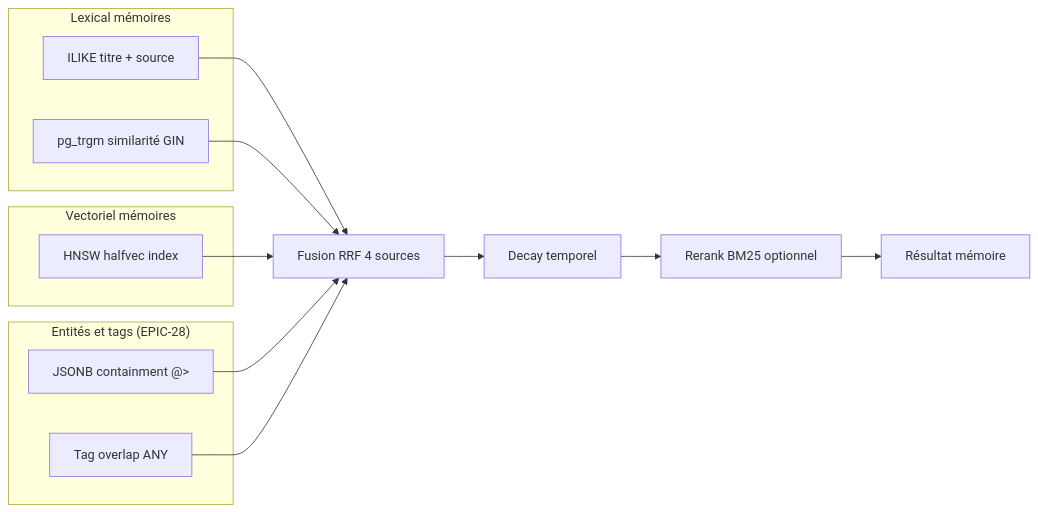
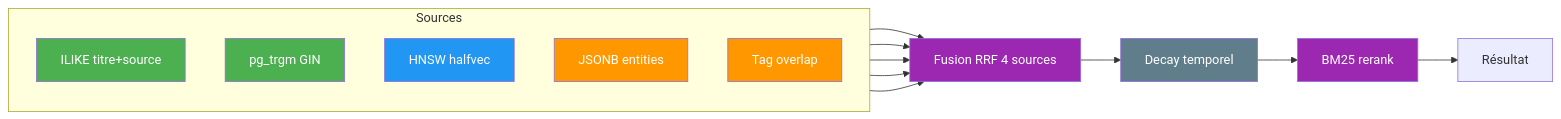
Before and after one commit to giak/mnemo-lite: the fourth of 11 diagrams in docs/ARCHITECTURE.md, drawn with Mermaid. The commit also changed other lines of this file, not shown here.

First line of the commit message:
docs: improve all Mermaid diagrams in ARCHITECTURE.md

````diff
--- a/docs/ARCHITECTURE.md
+++ b/docs/ARCHITECTURE.md
@@ -160,22 +162,30 @@
 ```mermaid
 flowchart LR
-    subgraph "Lexical mémoires"
-        I[ILIKE titre + source]
-        T[pg_trgm similarité GIN]
+    subgraph "Sources"
+        direction TB
+        I[ILIKE titre+source]
+        T[pg_trgm GIN]
+        H[HNSW halfvec]
+        E[JSONB entities]
+        G[Tag overlap]
     end
-    subgraph "Vectoriel mémoires"
-        H[HNSW halfvec index]
-    end
-    subgraph "Entités et tags (EPIC-28)"
-        E[JSONB containment @>]
-        G[Tag overlap ANY]
-    end
-    I --> MF[Fusion RRF 4 sources]
+
+    I --> MF
     T --> MF
     H --> MF
     E --> MF
     G --> MF
-    MF --> MD[Decay temporel]
-    MD --> MR[Rerank BM25 optionnel]
-    MR --> ResM[Résultat mémoire]
+
+    MF[Fusion RRF 4 sources] --> MD[Decay temporel]
+    MD --> MR[BM25 rerank]
+    MR --> Res[Résultat]
+
+    style I fill:#4CAF50,color:#fff
+    style T fill:#4CAF50,color:#fff
+    style H fill:#2196F3,color:#fff
+    style E fill:#FF9800,color:#fff
+    style G fill:#FF9800,color:#fff
+    style MF fill:#9C27B0,color:#fff
+    style MD fill:#607D8B,color:#fff
+    style MR fill:#9C27B0,color:#fff
 ```
````
